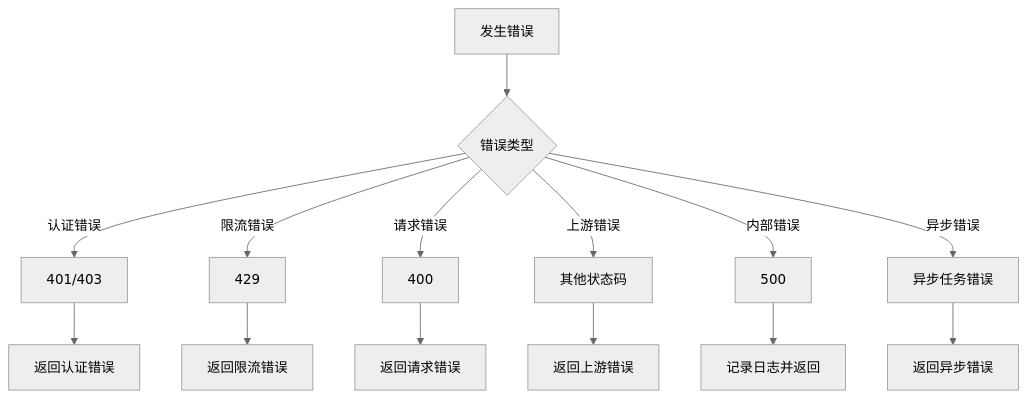
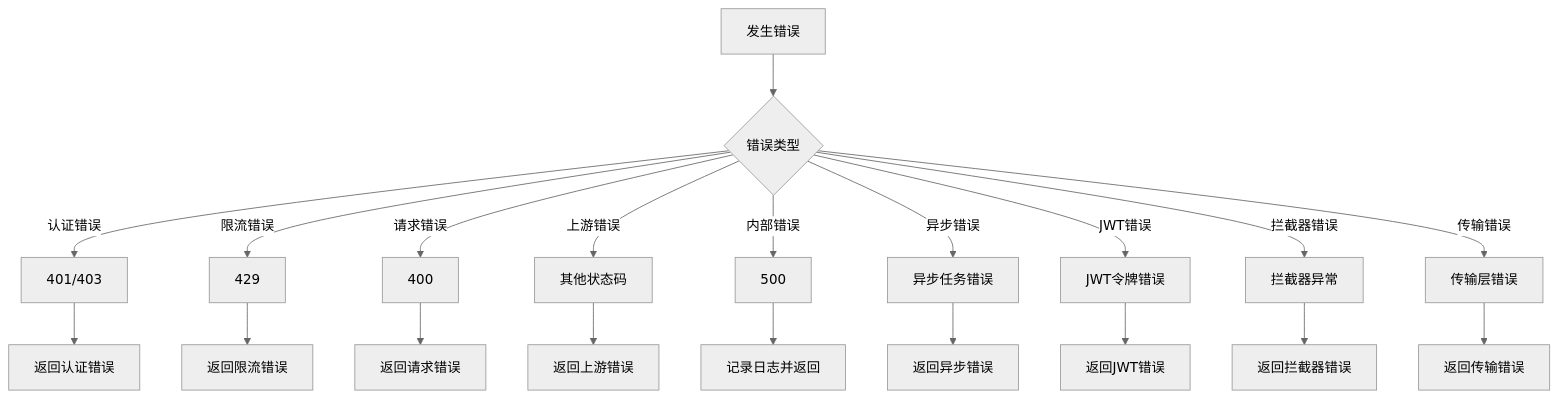
One commit to maomao94/zero-service changed diagram 19 of 19 in .qoder/repowiki/zh/content/AI聊天服务迁移指南.md. Above: the diagram before and after it, drawn with Mermaid (neutral theme). The commit also changed other lines of this file and 58 other files, not shown here.

````diff
--- a/.qoder/repowiki/zh/content/AI聊天服务迁移指南.md
+++ b/.qoder/repowiki/zh/content/AI聊天服务迁移指南.md
@@ -764,16 +1060,22 @@
 ```mermaid
 flowchart TD
 Error[发生错误] --> CheckType{错误类型}
 CheckType --> |认证错误| AuthError[401/403]
 CheckType --> |限流错误| RateLimit[429]
 CheckType --> |请求错误| BadRequest[400]
 CheckType --> |上游错误| Upstream[其他状态码]
 CheckType --> |内部错误| Internal[500]
 CheckType --> |异步错误| AsyncError[异步任务错误]
+CheckType --> |JWT错误| JWTErr[JWT令牌错误]
+CheckType --> |拦截器错误| InterceptorErr[拦截器异常]
+CheckType --> |传输错误| TransportErr[传输层错误]
 AuthError --> ReturnAuth[返回认证错误]
 RateLimit --> ReturnRate[返回限流错误]
 BadRequest --> ReturnBadReq[返回请求错误]
 Upstream --> ReturnUpstream[返回上游错误]
 Internal --> ReturnInternal[记录日志并返回]
 AsyncError --> ReturnAsyncErr[返回异步错误]
+JWTErr --> ReturnJWT[返回JWT错误]
+InterceptorErr --> ReturnInterceptor[返回拦截器错误]
+TransportErr --> ReturnTransport[返回传输错误]
 ```
````
